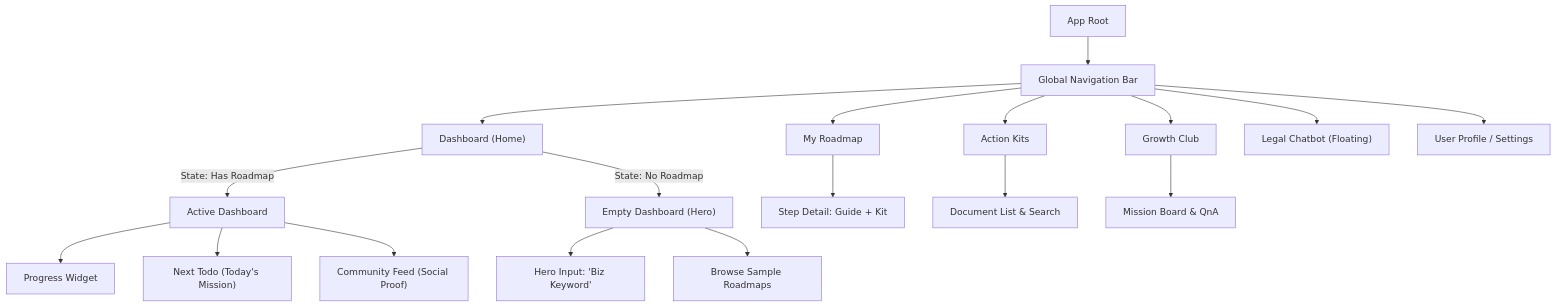
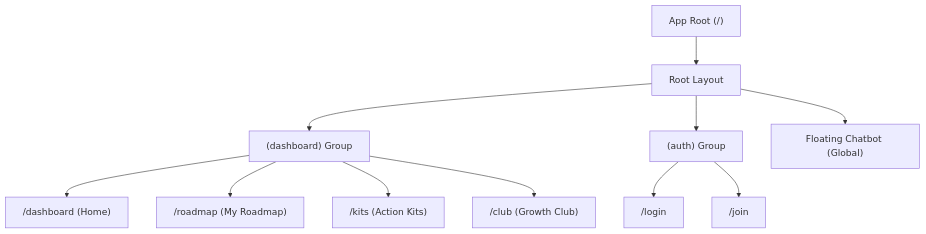
The diagram in docs/StepZero_IA.md (lastdays03/step-zero), drawn with Mermaid before and after one commit. The commit also changed other lines of this file and 60 other files, not shown here.

Commit message:
docs: refactor StepZero_IA.md for developers and update UI components

````diff
--- a/docs/StepZero_IA.md
+++ b/docs/StepZero_IA.md
@@ -13,32 +24,20 @@
 ```mermaid
 graph TD
-    Root["App Root"] --> GNB["Global Navigation Bar"]
+    Root["App Root (/)"] --> Layout["Root Layout"]
     
-    %% Main Menu
-    GNB --> Dash["Dashboard (Home)"]
-    GNB --> Map["My Roadmap"]
-    GNB --> Kits["Action Kits"]
-    GNB --> Club["Growth Club"]
+    Layout --> Dashboard["(dashboard) Group"]
+    Layout --> Auth["(auth) Group"]
     
-    %% User/System Menu
-    GNB --> Chat["Legal Chatbot (Floating)"]
-    GNB --> User["User Profile / Settings"]
+    %% Dashboard Routes
+    Dashboard --> PageDash["/dashboard (Home)"]
+    Dashboard --> PageMap["/roadmap (My Roadmap)"]
+    Dashboard --> PageKits["/kits (Action Kits)"]
+    Dashboard --> PageClub["/club (Growth Club)"]
     
-    %% Dashboard States
-    Dash --> |"State: Has Roadmap"| ActiveDash["Active Dashboard"]
-    Dash --> |"State: No Roadmap"| EmptyDash["Empty Dashboard (Hero)"]
+    %% Auth Routes
+    Auth --> PageLogin["/login"]
+    Auth --> PageJoin["/join"]
     
-    %% Active Dashboard Components
-    ActiveDash --> Progress["Progress Widget"]
-    ActiveDash --> NextJob["Next Todo (Today's Mission)"]
-    ActiveDash --> CommFeed["Community Feed (Social Proof)"]
-    
-    %% Empty Dashboard Components
-    EmptyDash --> HeroCTA["Hero Input: 'Biz Keyword'"]
-    EmptyDash --> DemoLink["Browse Sample Roadmaps"]
-    
-    %% Sub Pages
-    Map --> NodeDetail["Step Detail: Guide + Kit"]
-    Kits --> KitList["Document List & Search"]
-    Club --> Board["Mission Board & QnA"]
+    %% Global Floaters
+    Layout --> Chat["Floating Chatbot (Global)"]
 ```
````
